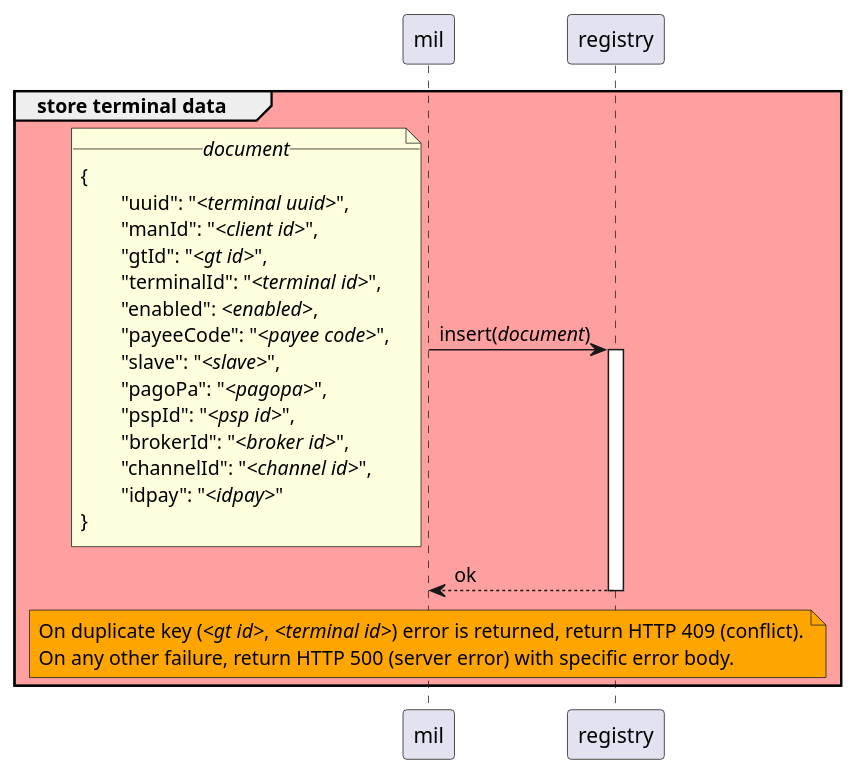
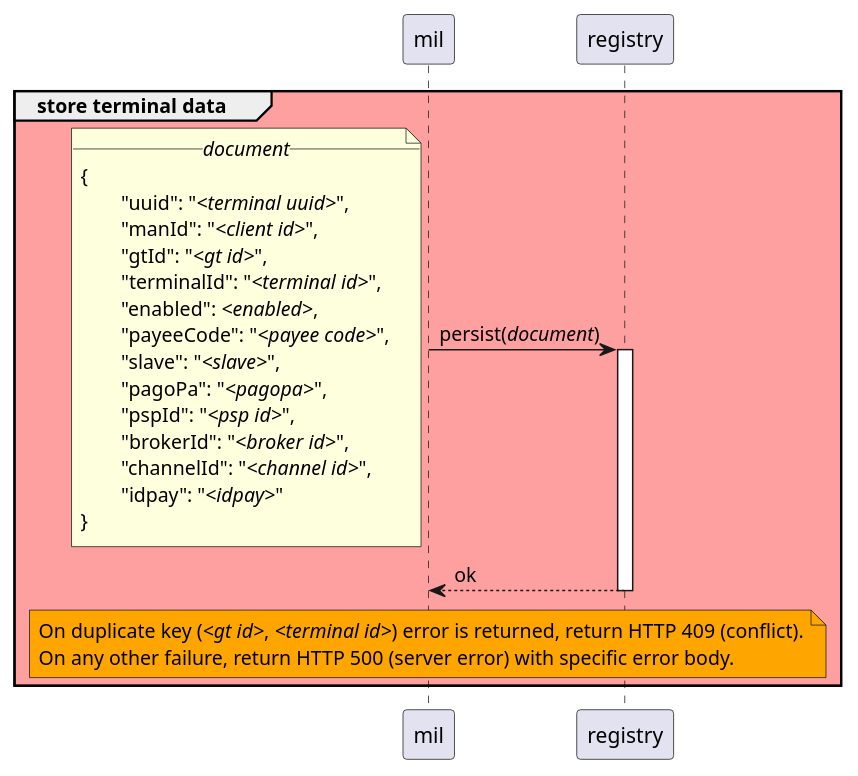
One commit to pagopa/mil-diags changed the diagram in sequence_diags/pagoPA/pos_management/store_terminal_data.puml. Above: the diagram before and after it, drawn with PlantUML. The commit also changed 3 other files, not shown here.

```diff
--- a/sequence_diags/pagoPA/pos_management/store_terminal_data.puml
+++ b/sequence_diags/pagoPA/pos_management/store_terminal_data.puml
@@ -1,27 +1,27 @@
 group #FFA0A0 store terminal data
-	mil -> registry ++ : insert(//document//)
+	mil -> registry ++ : persist(//document//)
 		note left
 			__//document//__
 			{
 				"uuid": "//<terminal uuid>//",
 				"manId": "//<client id>//",
 				"gtId": "//<gt id>//",
 				"terminalId": "//<terminal id>//",
 				"enabled": //<enabled>//,
 				"payeeCode": "//<payee code>//",
 				"slave": "//<slave>//",
 				"pagoPa": "//<pagopa>//",
 				"pspId": "//<psp id>//",
 				"brokerId": "//<broker id>//",
 				"channelId": "//<channel id>//",
 				"idpay": "//<idpay>//"
 			}
 		end note
 
 	registry --> mil -- : ok
 
     note over mil #Orange
 		On duplicate key (//<gt id>//, //<terminal id>//) error is returned, return HTTP 409 (conflict).
 		On any other failure, return HTTP 500 (server error) with specific error body. 
 	end note
 end
```
